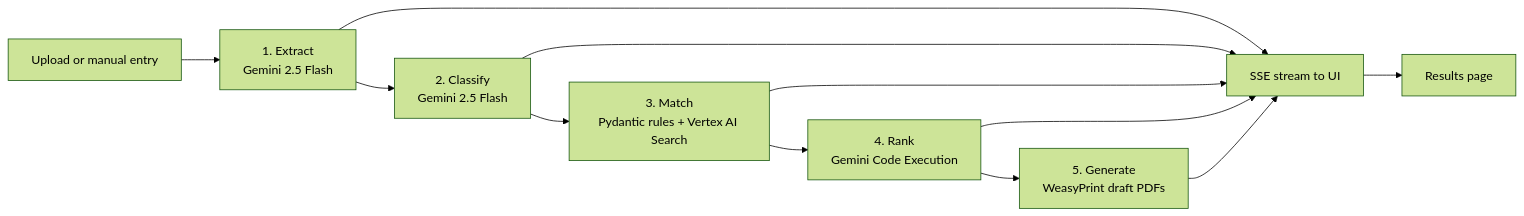
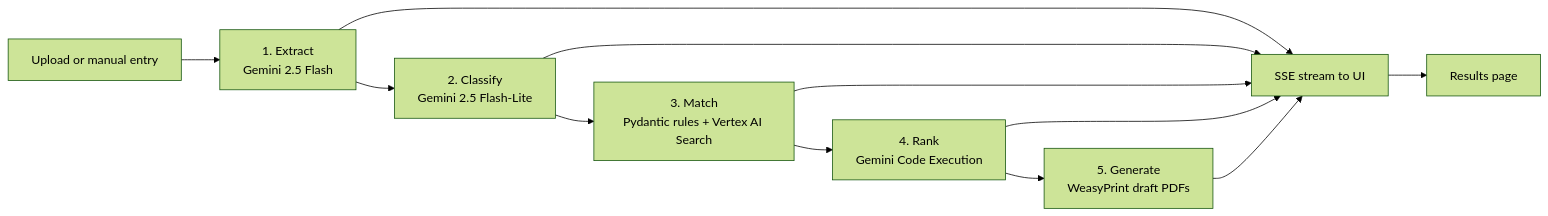
Before and after one commit to AlaskanTuna/Layak: the second of 3 diagrams in README.md, drawn with Mermaid (forest theme). The commit also changed other lines of this file, not shown here.

Commit message:
docs(readme): polish architecture and deployment notes

````diff
--- a/README.md
+++ b/README.md
@@ -83,13 +85,13 @@
 ```mermaid
 flowchart LR
     Intake[Upload or manual entry] --> Extract[1. Extract<br/>Gemini 2.5 Flash]
-    Extract --> Classify[2. Classify<br/>Gemini 2.5 Flash]
+    Extract --> Classify[2. Classify<br/>Gemini 2.5 Flash-Lite]
     Classify --> Match[3. Match<br/>Pydantic rules + Vertex AI Search]
     Match --> Rank[4. Rank<br/>Gemini Code Execution]
     Rank --> Generate[5. Generate<br/>WeasyPrint draft PDFs]
     Extract --> SSE[SSE stream to UI]
     Classify --> SSE
     Match --> SSE
     Rank --> SSE
     Generate --> SSE --> Results[Results page]
 ```
````
